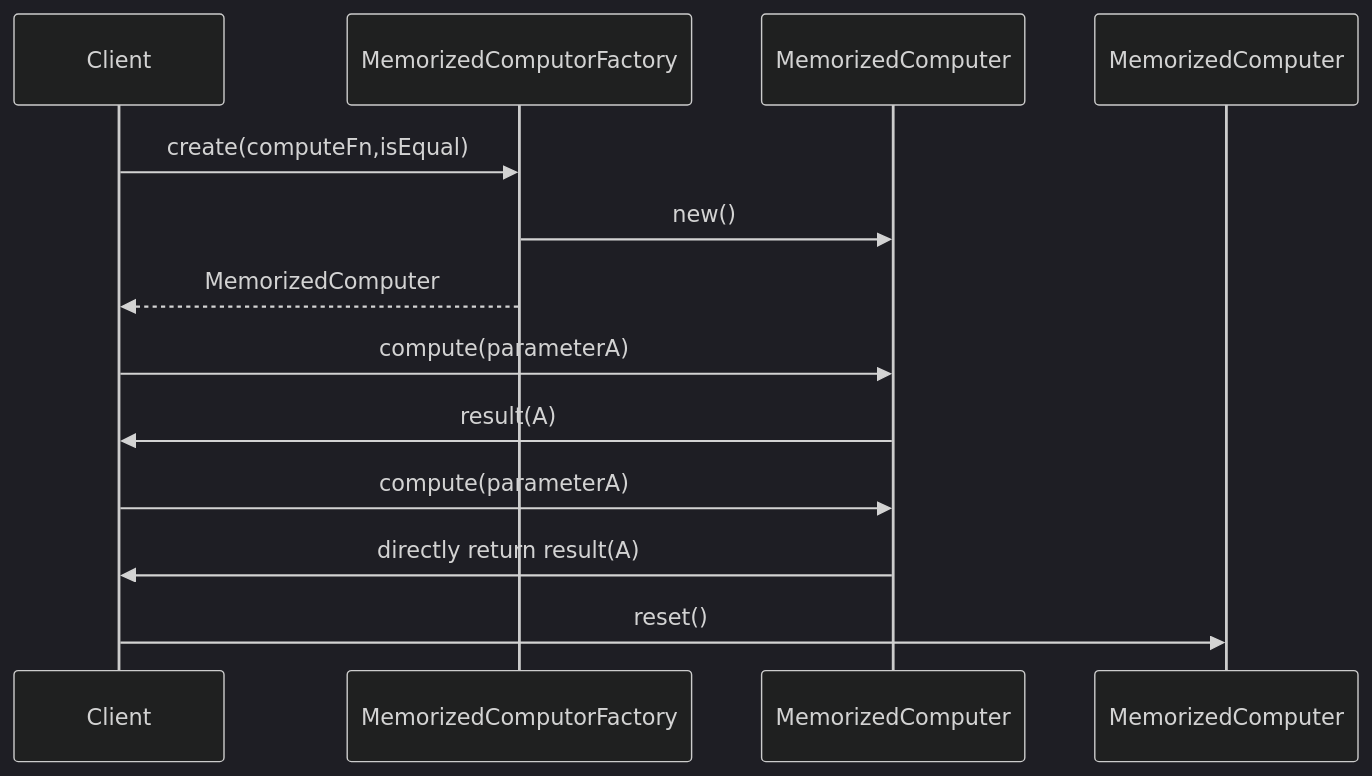
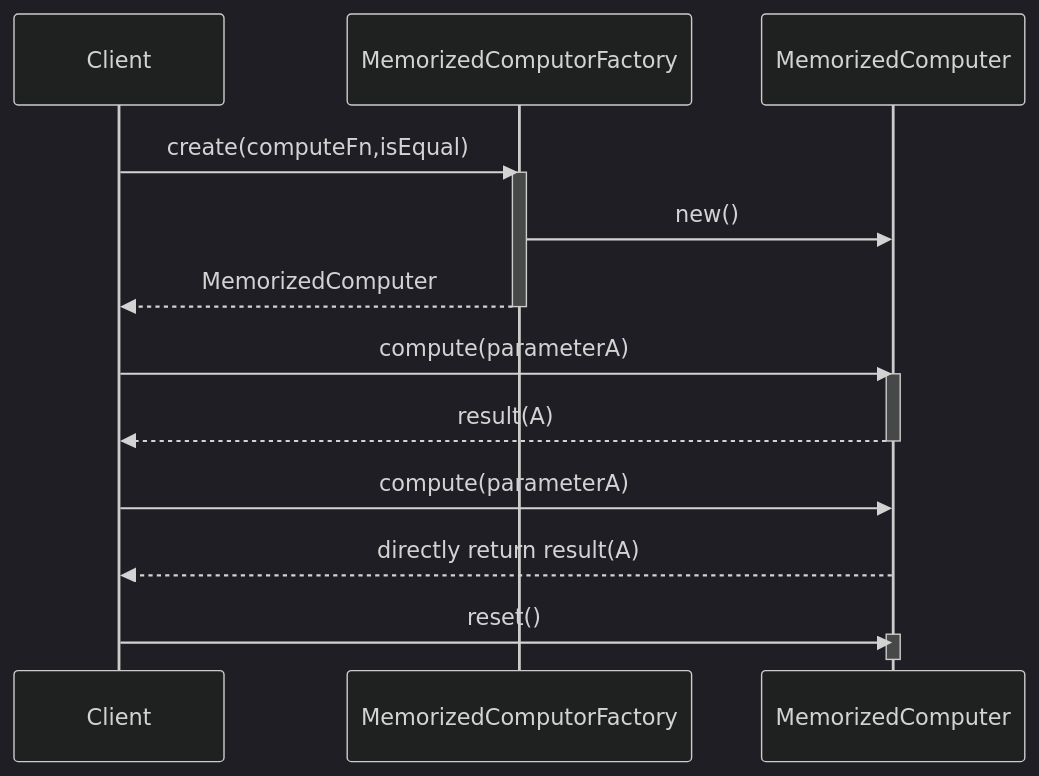
One commit to metasong/iam-data changed the diagram in documents/MemorizedCompute Pattern_210.md. Above: the diagram before and after it, drawn with Mermaid (dark theme).

````diff
--- a/documents/MemorizedCompute Pattern_210.md
+++ b/documents/MemorizedCompute Pattern_210.md
@@ -40,15 +40,21 @@
 ```mermaid
 sequenceDiagram
 	participant C as Client
     participant F as MemorizedComputorFactory
     participant P as MemorizedComputer
     C->>F:create(computeFn,isEqual)
+    activate F
     F->>P:new()
     F-->>C:MemorizedComputer
+    deactivate F
     C->>P:compute(parameterA)
-    P->>C:result(A)
+    activate P
+    P-->>C:result(A)
+    deactivate P
     C->>P:compute(parameterA)
-    P->>C:directly return result(A)
-    C->>MemorizedComputer:reset()
+    P-->>C:directly return result(A)
+    C->>P:reset()
+    activate P
+    deactivate P
     
 ```
````
